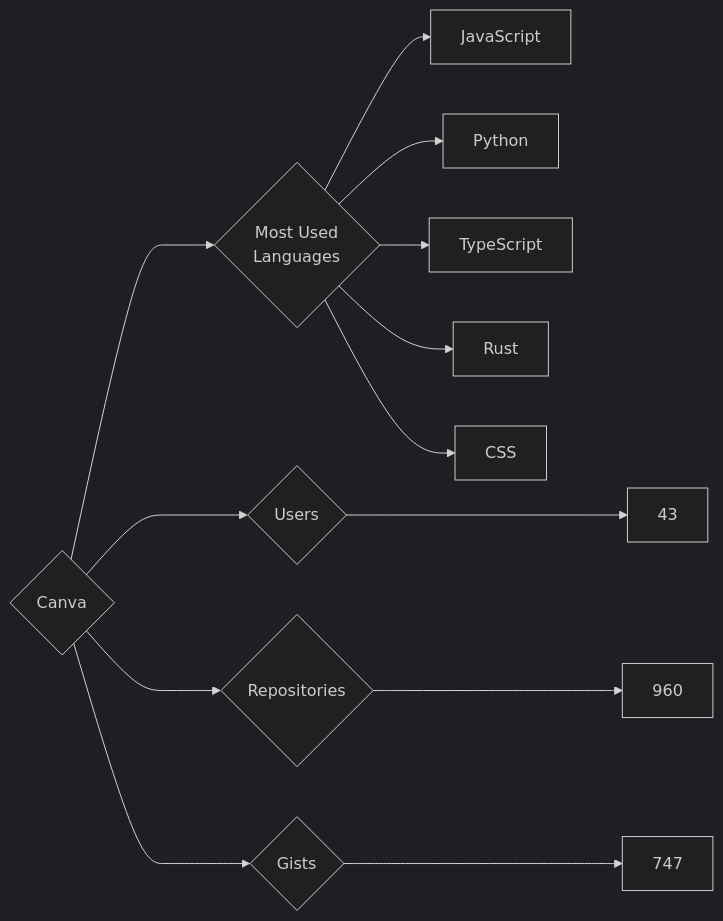
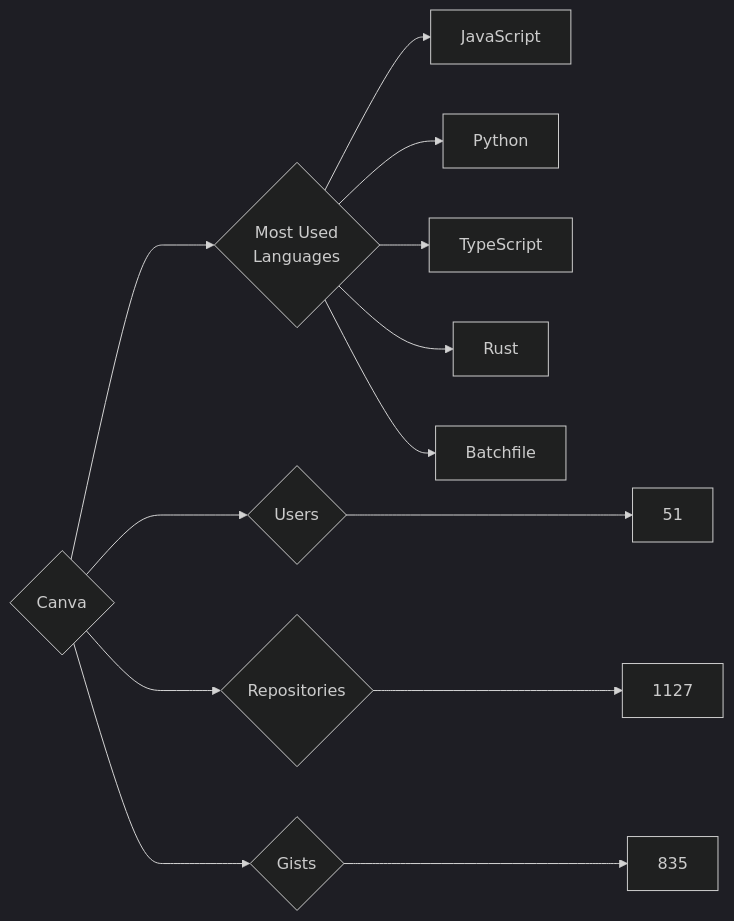
The diagram in targets/Canva/README.md (trickest/insiders), drawn with Mermaid (dark theme) before and after one commit. The commit also changed 752 other files, not shown here.

````diff
--- a/targets/Canva/README.md
+++ b/targets/Canva/README.md
@@ -3,13 +3,13 @@
 ```mermaid
 graph LR
 COMPANY_NAME{Canva}
-COMPANY_NAME ---> U{Users} ---> UN[43]
-COMPANY_NAME ---> R{Repositories} ---> RN[960]
-COMPANY_NAME ---> G{Gists} ---> GN[747]
+COMPANY_NAME ---> U{Users} ---> UN[51]
+COMPANY_NAME ---> R{Repositories} ---> RN[1127]
+COMPANY_NAME ---> G{Gists} ---> GN[835]
 COMPANY_NAME ---> ML{Most Used<br>Languages}
 ML --> JavaScript[JavaScript]
 ML --> Python[Python]
 ML --> TypeScript[TypeScript]
 ML --> Rust[Rust]
-ML --> CSS[CSS]
+ML --> Batchfile[Batchfile]
 ```
````
